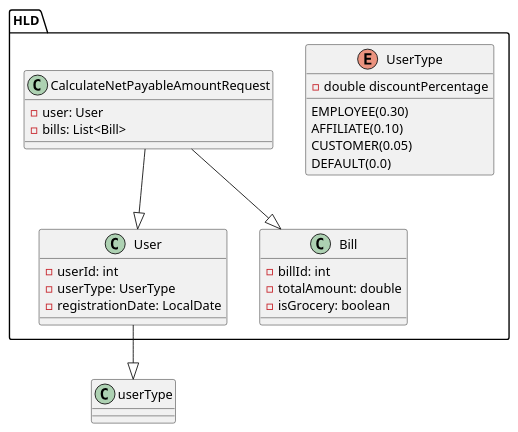
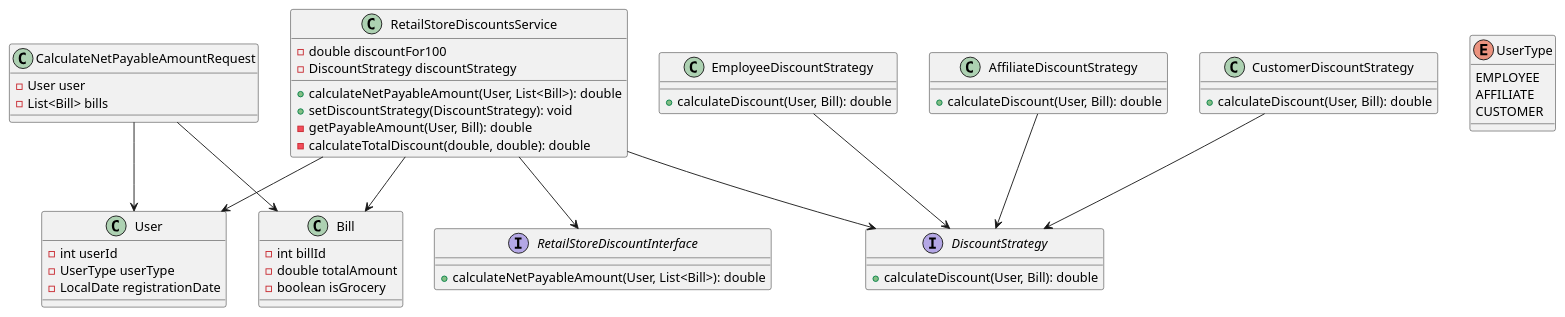
The diagram in sampleOutputResults/hld.puml (Nkm17000/retail_discount), drawn with PlantUML before and after one commit. The commit also changed 2 other files, not shown here.

Commit message:
# change is readme file according to interface implementation

```diff
--- a/sampleOutputResults/hld.puml
+++ b/sampleOutputResults/hld.puml
@@ -2,33 +1,65 @@
 @startuml
 
-package "HLD" {
-    class User {
-        - userId: int
-        - userType: UserType
-        - registrationDate: LocalDate
-    }
-        enum UserType {
-            EMPLOYEE(0.30)
-            AFFILIATE(0.10)
-            CUSTOMER(0.05)
-            DEFAULT(0.0)
-            - double discountPercentage
-        }
-
-    class Bill {
-        - billId: int
-        - totalAmount: double
-        - isGrocery: boolean
-    }
-
-    class CalculateNetPayableAmountRequest {
-        - user: User
-        - bills: List<Bill>
-    }
+class CalculateNetPayableAmountRequest {
+    - User user
+    - List<Bill> bills
 }
 
-CalculateNetPayableAmountRequest --|> User
-CalculateNetPayableAmountRequest --|> Bill
-User --|> userType
+class User {
+    - int userId
+    - UserType userType
+    - LocalDate registrationDate
+}
+
+enum UserType {
+    EMPLOYEE
+    AFFILIATE
+    CUSTOMER
+}
+
+class Bill {
+    - int billId
+    - double totalAmount
+    - boolean isGrocery
+}
+
+interface DiscountStrategy {
+    + calculateDiscount(User, Bill): double
+}
+
+class EmployeeDiscountStrategy {
+    + calculateDiscount(User, Bill): double
+}
+
+class AffiliateDiscountStrategy {
+    + calculateDiscount(User, Bill): double
+}
+
+class CustomerDiscountStrategy {
+    + calculateDiscount(User, Bill): double
+}
+
+interface RetailStoreDiscountInterface {
+    + calculateNetPayableAmount(User, List<Bill>): double
+}
+
+class RetailStoreDiscountsService {
+    - double discountFor100
+    - DiscountStrategy discountStrategy
+    + calculateNetPayableAmount(User, List<Bill>): double
+    + setDiscountStrategy(DiscountStrategy): void
+    - getPayableAmount(User, Bill): double
+    - calculateTotalDiscount(double, double): double
+}
+
+CalculateNetPayableAmountRequest --> User
+CalculateNetPayableAmountRequest --> Bill
+RetailStoreDiscountsService --> RetailStoreDiscountInterface
+RetailStoreDiscountsService --> User
+RetailStoreDiscountsService --> Bill
+RetailStoreDiscountsService --> DiscountStrategy
+EmployeeDiscountStrategy --> DiscountStrategy
+AffiliateDiscountStrategy --> DiscountStrategy
+CustomerDiscountStrategy --> DiscountStrategy
 
 @enduml
```
